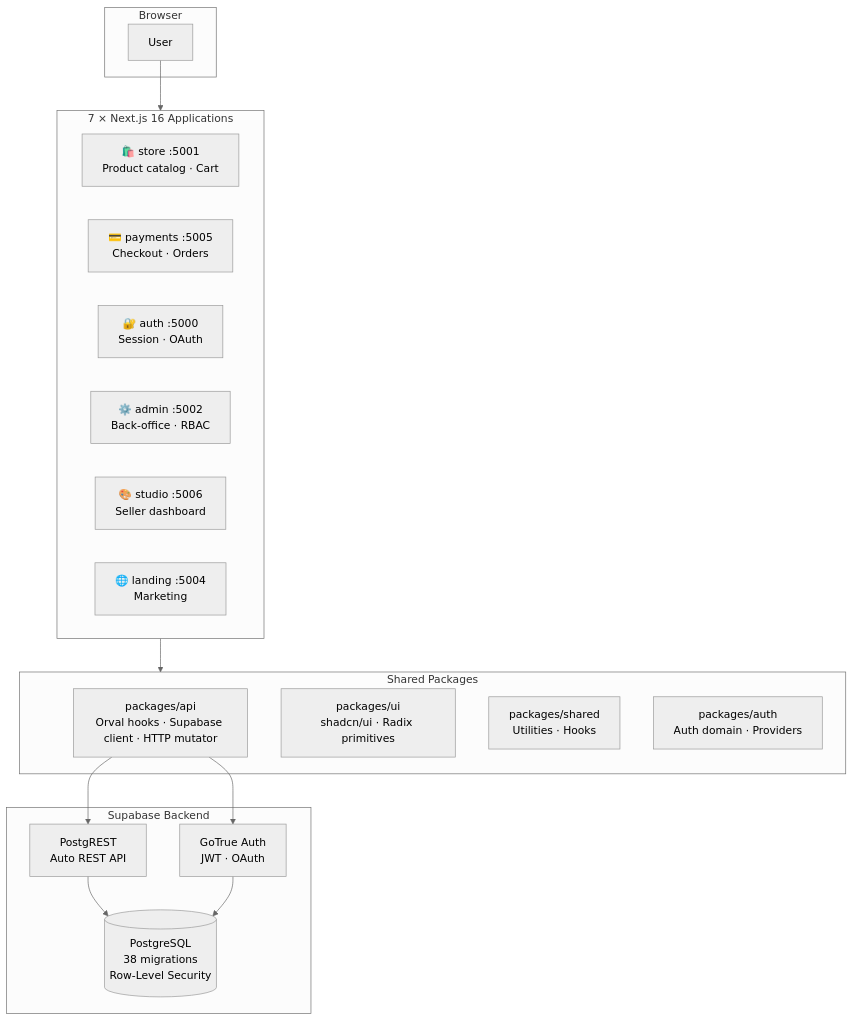
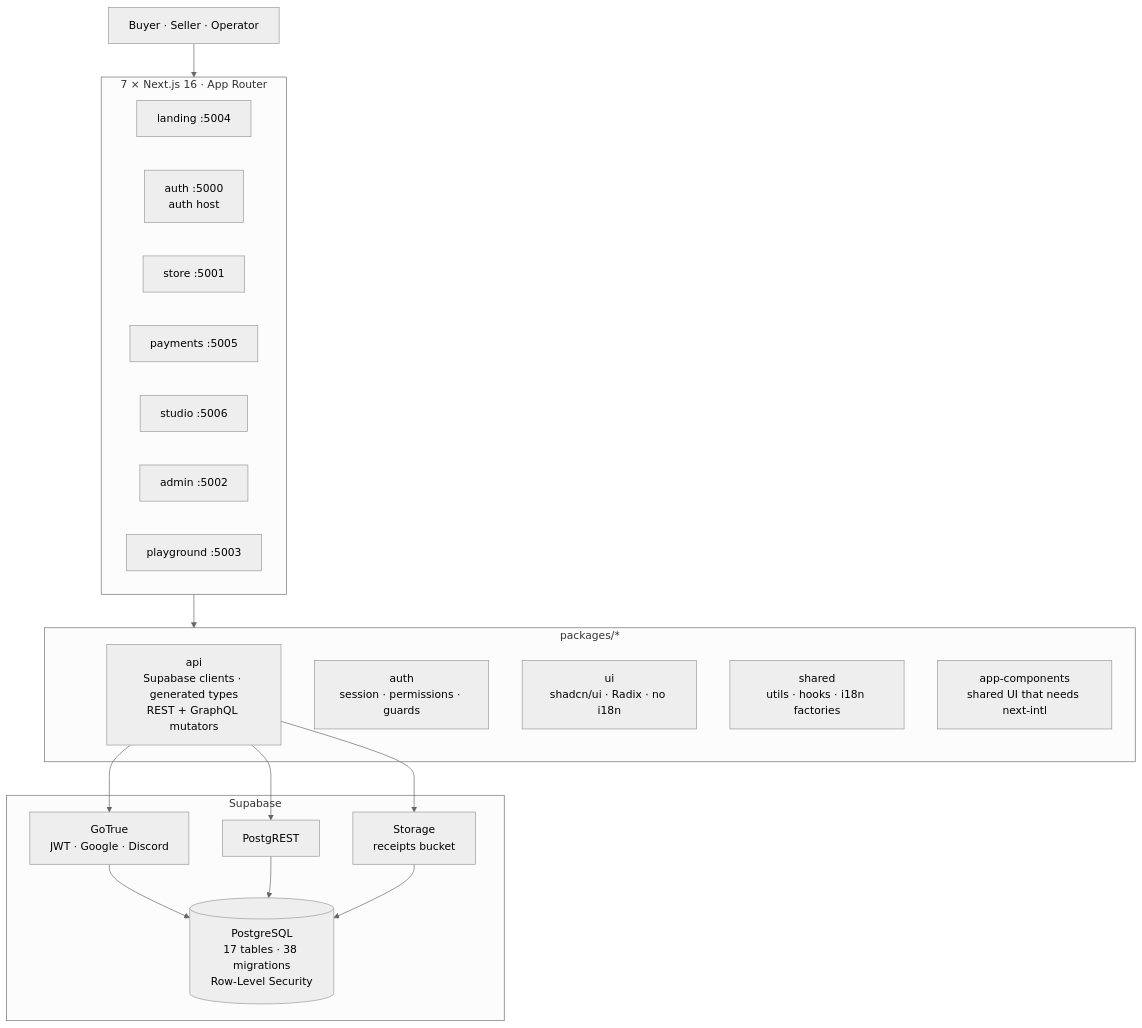
One commit to furrycolombia-sys/candyshop changed the first of 2 diagrams in README.md. Above: the diagram before and after it, drawn with Mermaid (neutral theme). The commit also changed other lines of this file, not shown here.

````diff
--- a/README.md
+++ b/README.md
@@ -67,33 +122,34 @@
 ```mermaid
 graph TB
-    subgraph Browser["Browser"]
-        U["User"]
+    U["Buyer · Seller · Operator"]
+
+    subgraph Apps["7 × Next.js 16 · App Router"]
+        LAND["landing :5004"]
+        AUTHAPP["auth :5000<br/>auth host"]
+        STORE["store :5001"]
+        PAY["payments :5005"]
+        STUDIO["studio :5006"]
+        ADMIN["admin :5002"]
+        PLAY["playground :5003"]
     end
 
-    subgraph Apps["7 × Next.js 16 Applications"]
-        STORE["🛍️ store :5001\nProduct catalog · Cart"]
-        PAY["💳 payments :5005\nCheckout · Orders"]
-        AUTH["🔐 auth :5000\nSession · OAuth"]
-        ADMIN["⚙️ admin :5002\nBack-office · RBAC"]
-        STUDIO["🎨 studio :5006\nSeller dashboard"]
-        LAND["🌐 landing :5004\nMarketing"]
+    subgraph Pkgs["packages/*"]
+        API["api<br/>Supabase clients · generated types<br/>REST + GraphQL mutators"]
+        AUTHPKG["auth<br/>session · permissions · guards"]
+        UI["ui<br/>shadcn/ui · Radix · no i18n"]
+        SHARED["shared<br/>utils · hooks · i18n factories"]
+        APPC["app-components<br/>shared UI that needs next-intl"]
     end
 
-    subgraph Shared["Shared Packages"]
-        API["packages/api\nOrval hooks · Supabase client · HTTP mutator"]
-        UI["packages/ui\nshadcn/ui · Radix primitives"]
-        SHR["packages/shared\nUtilities · Hooks"]
-        AUTHPKG["packages/auth\nAuth domain · Providers"]
-    end
-
-    subgraph Backend["Supabase Backend"]
-        PG[("PostgreSQL\n38 migrations\nRow-Level Security")]
-        PGREST["PostgREST\nAuto REST API"]
-        GOAUTH["GoTrue Auth\nJWT · OAuth"]
+    subgraph SB["Supabase"]
+        GOTRUE["GoTrue<br/>JWT · Google · Discord"]
+        REST["PostgREST"]
+        STORAGE["Storage<br/>receipts bucket"]
+        PG[("PostgreSQL<br/>17 tables · 38 migrations<br/>Row-Level Security")]
     end
 
     U --> Apps
-    Apps --> Shared
-    API --> PGREST & GOAUTH
-    PGREST & GOAUTH --> PG
+    Apps --> Pkgs
+    API --> GOTRUE & REST & STORAGE
+    GOTRUE & REST & STORAGE --> PG
 ```
````
